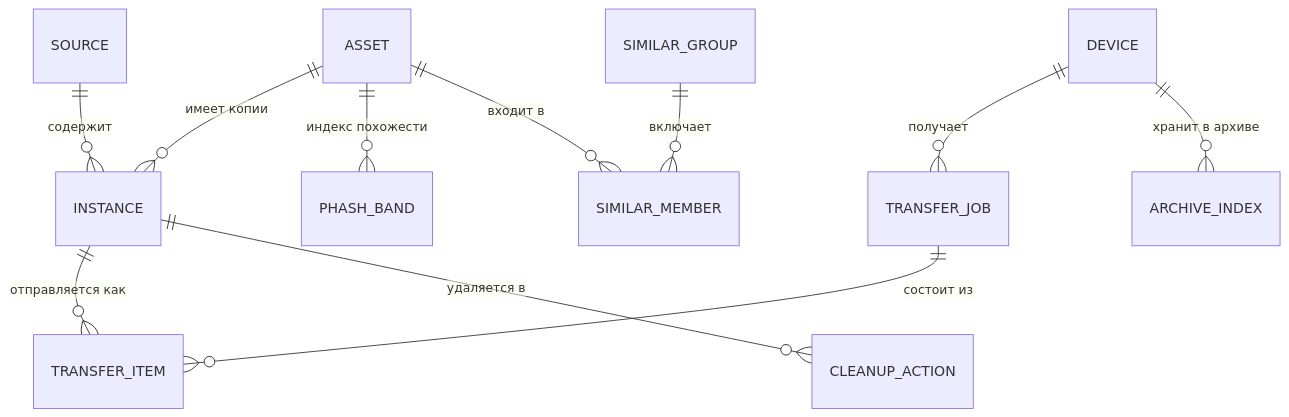
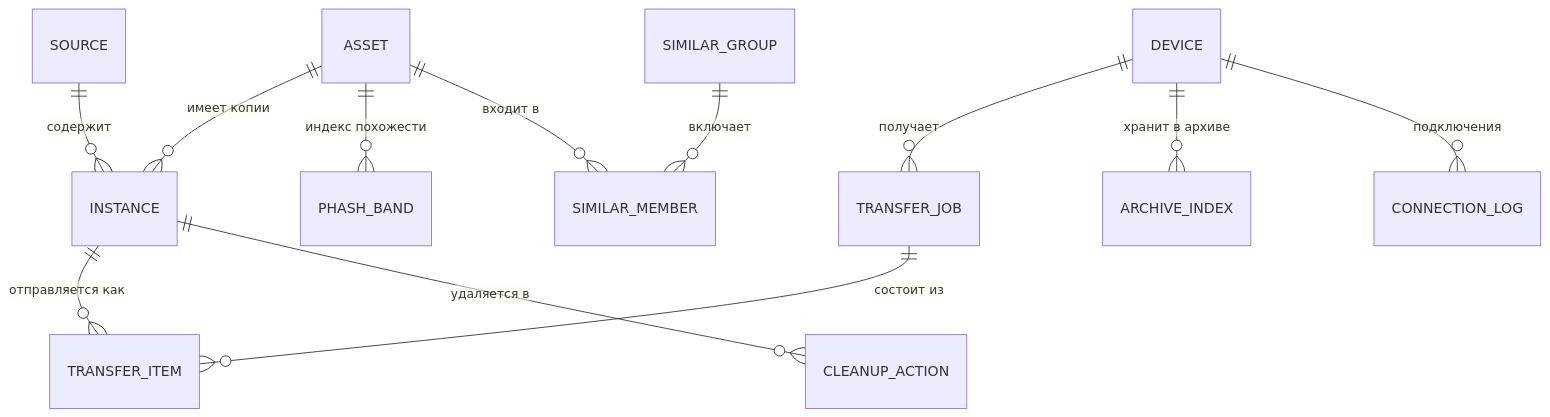
The diagram in docs/architecture/data-model.md (intelbetteramd-sys/homeroll), drawn with Mermaid before and after one commit. The commit also changed other lines of this file and 7 other files, not shown here.

````diff
--- a/docs/architecture/data-model.md
+++ b/docs/architecture/data-model.md
@@ -19,13 +19,14 @@
 ```mermaid
 erDiagram
   SOURCE ||--o{ INSTANCE : "содержит"
   ASSET ||--o{ INSTANCE : "имеет копии"
   ASSET ||--o{ PHASH_BAND : "индекс похожести"
   SIMILAR_GROUP ||--o{ SIMILAR_MEMBER : "включает"
   ASSET ||--o{ SIMILAR_MEMBER : "входит в"
   DEVICE ||--o{ TRANSFER_JOB : "получает"
   TRANSFER_JOB ||--o{ TRANSFER_ITEM : "состоит из"
   INSTANCE ||--o{ TRANSFER_ITEM : "отправляется как"
   DEVICE ||--o{ ARCHIVE_INDEX : "хранит в архиве"
+  DEVICE ||--o{ CONNECTION_LOG : "подключения"
   INSTANCE ||--o{ CLEANUP_ACTION : "удаляется в"
 ```
````
